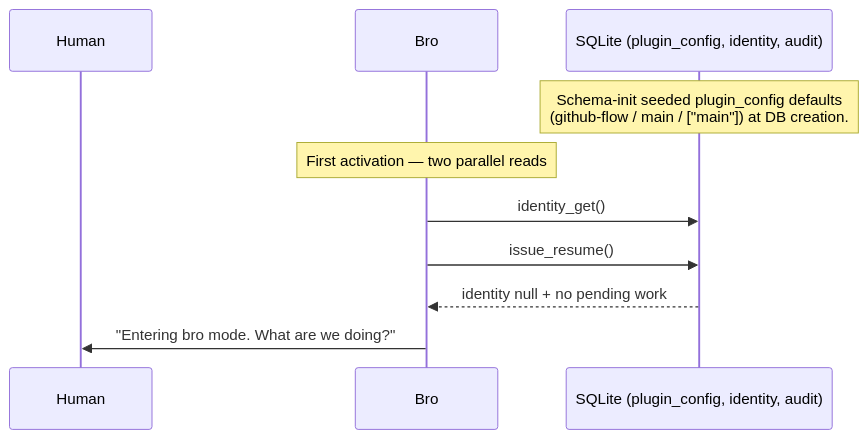
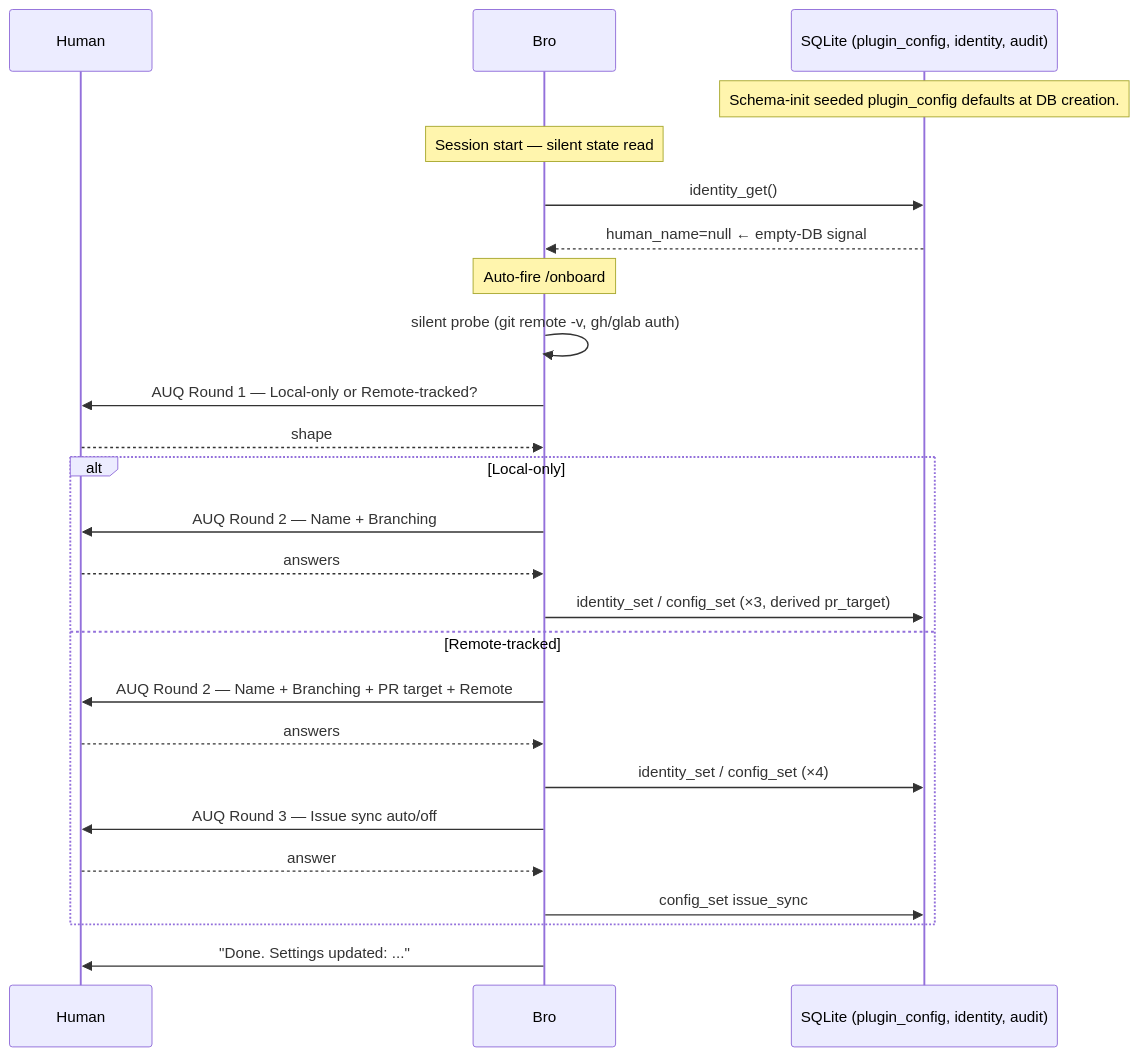
Before and after one commit to trustmybot/plugin: the first of 12 diagrams in docs/architecture/FLOWS.md, drawn with Mermaid. The commit also changed other lines of this file and 6 other files, not shown here.

Commit message:
feat(onboard): branched local-vs-remote ceremony + auto-fire on empty DB

````diff
--- a/docs/architecture/FLOWS.md
+++ b/docs/architecture/FLOWS.md
@@ -71,15 +80,32 @@
 ```mermaid
 sequenceDiagram
     participant H as Human
     participant G as Bro
     participant DB as SQLite (plugin_config, identity, audit)
 
-    Note over DB: Schema-init seeded plugin_config defaults<br/>(github-flow / main / ["main"]) at DB creation.
+    Note over DB: Schema-init seeded plugin_config defaults at DB creation.
 
-    Note over G: First activation — two parallel reads
+    Note over G: Session start — silent state read
     G->>DB: identity_get()
-    G->>DB: issue_resume()
-    DB-->>G: identity null + no pending work
+    DB-->>G: human_name=null  ← empty-DB signal
 
-    G->>H: "Entering bro mode. What are we doing?"
+    Note over G: Auto-fire /onboard
+    G->>G: silent probe (git remote -v, gh/glab auth)
+    G->>H: AUQ Round 1 — Local-only or Remote-tracked?
+    H-->>G: shape
+
+    alt Local-only
+        G->>H: AUQ Round 2 — Name + Branching
+        H-->>G: answers
+        G->>DB: identity_set / config_set (×3, derived pr_target)
+    else Remote-tracked
+        G->>H: AUQ Round 2 — Name + Branching + PR target + Remote
+        H-->>G: answers
+        G->>DB: identity_set / config_set (×4)
+        G->>H: AUQ Round 3 — Issue sync auto/off
+        H-->>G: answer
+        G->>DB: config_set issue_sync
+    end
+
+    G->>H: "Done. Settings updated: ..."
 ```
````
